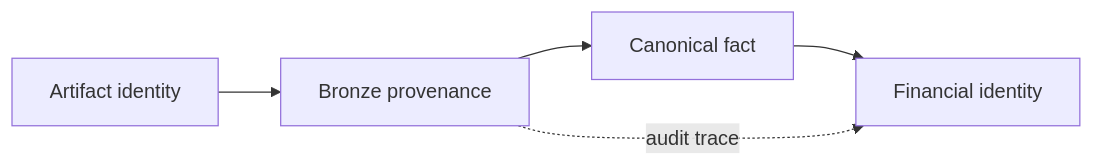
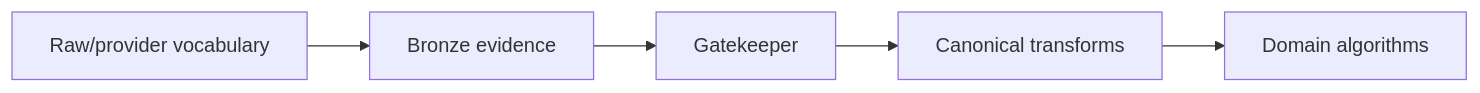
The fifth of 5 diagrams in docs/developer/adding-data-sources.md (tks18/personal-finance-etl), drawn with Mermaid before and after one commit. The commit also changed other lines of this file and 8 other files, not shown here.

````diff
--- a/docs/developer/adding-data-sources.md
+++ b/docs/developer/adding-data-sources.md
@@ -281,7 +576,10 @@
 ```mermaid
 flowchart LR
-    A[Artifact identity] --> B[Bronze provenance]
-    B --> C[Canonical fact]
-    C --> D[Financial identity]
-    B -. audit trace .-> D
+    RAW[Raw/provider vocabulary]
+    B[Bronze evidence]
+    GATE[Gatekeeper]
+    CAN[Canonical transforms]
+    FIN[Domain algorithms]
+
+    RAW --> B --> GATE --> CAN --> FIN
 ```
````
